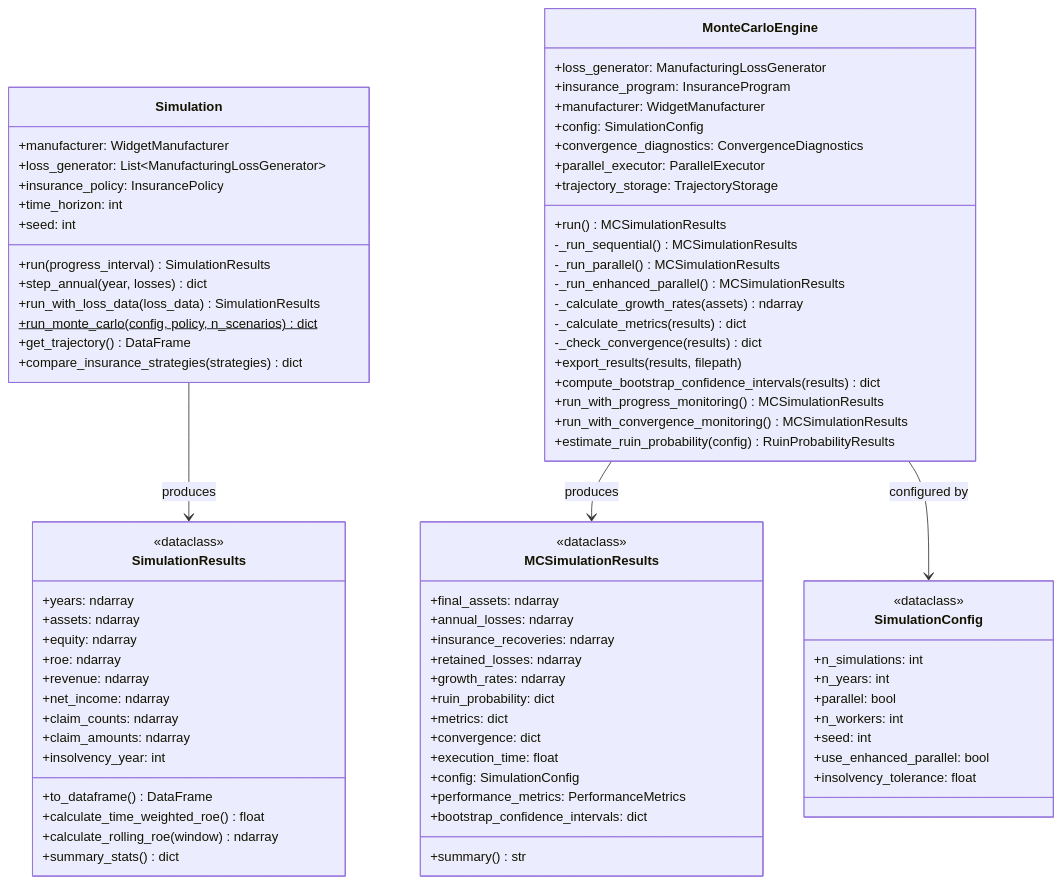
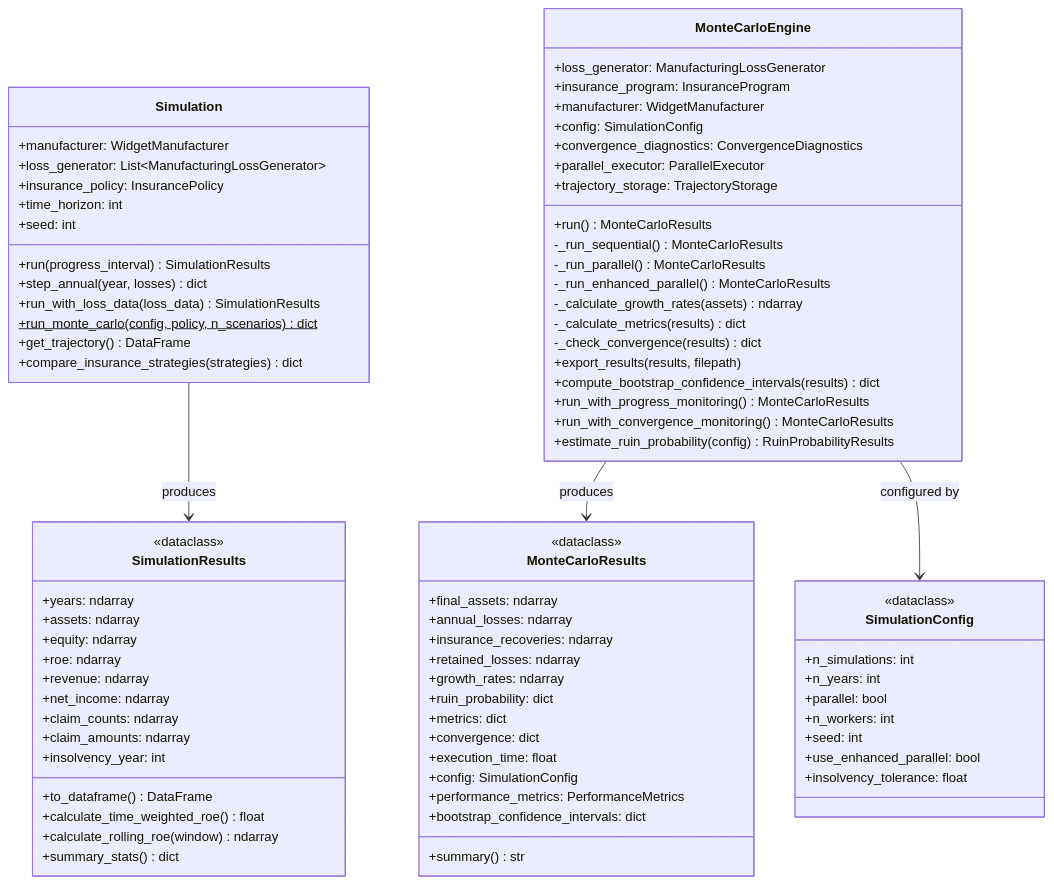
Before and after one commit to AlexFiliakov/Ergodic-Insurance-Limits: the fifth of 6 diagrams in ergodic_insurance/docs/architecture/class_diagrams/core_classes.md, drawn with Mermaid. The commit also changed other lines of this file and 27 other files, not shown here.

First line of the commit message:
feat!: rename monte_carlo.SimulationResults to MonteCarloResults (#378)

````diff
--- a/ergodic_insurance/docs/architecture/class_diagrams/core_classes.md
+++ b/ergodic_insurance/docs/architecture/class_diagrams/core_classes.md
@@ -426,21 +426,21 @@
         +convergence_diagnostics: ConvergenceDiagnostics
         +parallel_executor: ParallelExecutor
         +trajectory_storage: TrajectoryStorage
-        +run() MCSimulationResults
-        -_run_sequential() MCSimulationResults
-        -_run_parallel() MCSimulationResults
-        -_run_enhanced_parallel() MCSimulationResults
+        +run() MonteCarloResults
+        -_run_sequential() MonteCarloResults
+        -_run_parallel() MonteCarloResults
+        -_run_enhanced_parallel() MonteCarloResults
         -_calculate_growth_rates(assets) ndarray
         -_calculate_metrics(results) dict
         -_check_convergence(results) dict
         +export_results(results, filepath)
         +compute_bootstrap_confidence_intervals(results) dict
-        +run_with_progress_monitoring() MCSimulationResults
-        +run_with_convergence_monitoring() MCSimulationResults
+        +run_with_progress_monitoring() MonteCarloResults
+        +run_with_convergence_monitoring() MonteCarloResults
         +estimate_ruin_probability(config) RuinProbabilityResults
     }
 
-    class MCSimulationResults {
+    class MonteCarloResults {
         <<dataclass>>
         +final_assets: ndarray
         +annual_losses: ndarray
@@ -469,6 +469,6 @@
     }
 
     Simulation --> SimulationResults : produces
-    MonteCarloEngine --> MCSimulationResults : produces
+    MonteCarloEngine --> MonteCarloResults : produces
     MonteCarloEngine --> SimulationConfig : configured by
 ```
````
